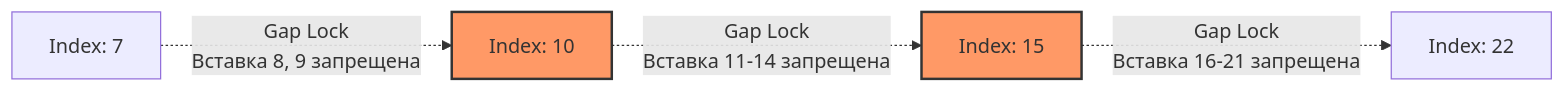
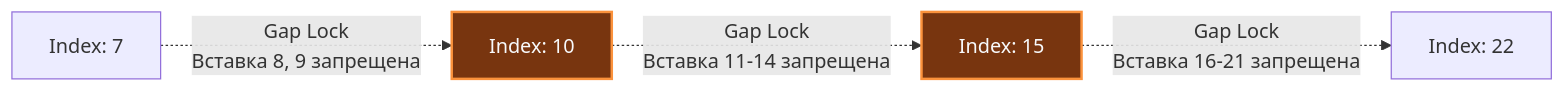
Before and after one commit to UnrealTemplier/go-textbook: the second of 2 diagrams in sources/12. Базы данных/07. MySQL и форки/4. Транзакции в MySQL.md, drawn with Mermaid. The commit also changed other lines of this file and 310 other files, not shown here.

First line of the commit message:
fix(mermaid): replace light fill colors with dark palette for readability on dark theme

````diff
--- a/sources/12. Базы данных/07. MySQL и форки/4. Транзакции в MySQL.md
+++ b/sources/12. Базы данных/07. MySQL и форки/4. Транзакции в MySQL.md
@@ -90,14 +90,14 @@
 ```mermaid
 flowchart LR
     Node7["Index: 7"]
     Node10["Index: 10"]
     Node15["Index: 15"]
     Node22["Index: 22"]
 
     Node7 -.->|"Gap Lock<br>Вставка 8, 9 запрещена"| Node10
     Node10 -.->|"Gap Lock<br>Вставка 11-14 запрещена"| Node15
     Node15 -.->|"Gap Lock<br>Вставка 16-21 запрещена"| Node22
     
-    style Node10 fill:#f96,stroke:#333,stroke-width:2px
-    style Node15 fill:#f96,stroke:#333,stroke-width:2px
+    style Node10 fill:#78350f,stroke:#fb923c,stroke-width:2px,color:#f8fafc
+    style Node15 fill:#78350f,stroke:#fb923c,stroke-width:2px,color:#f8fafc
 ```
````
